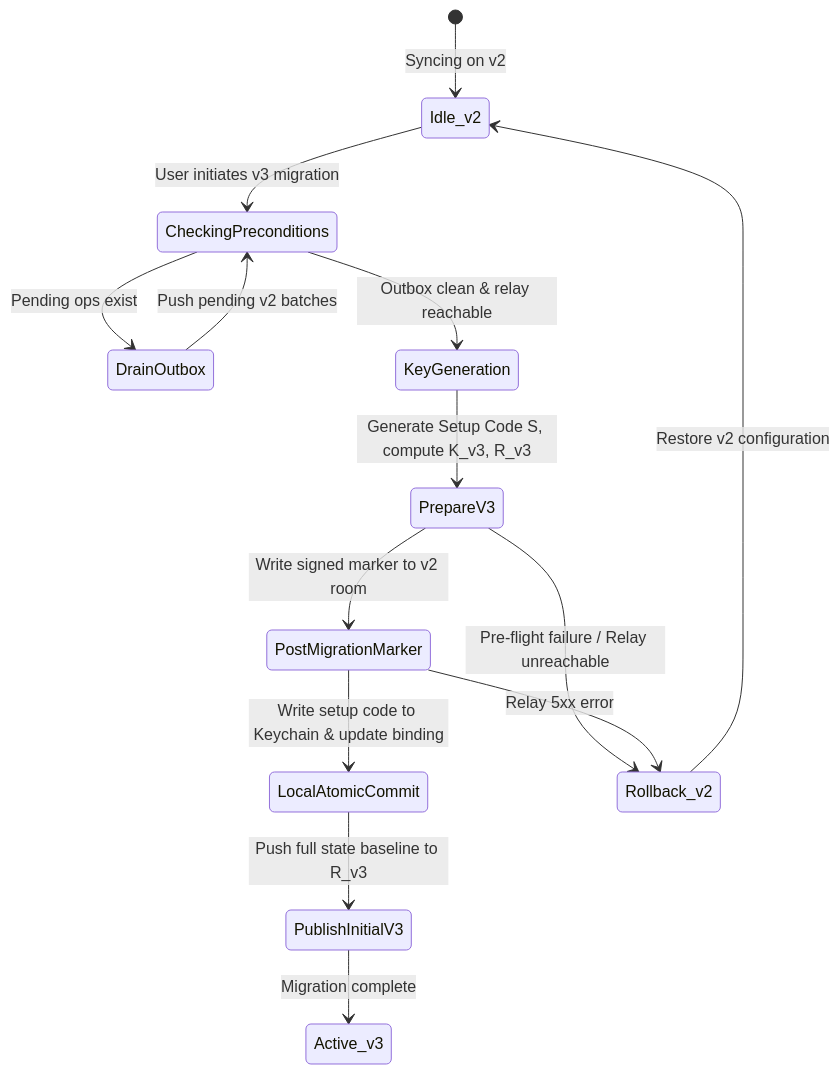
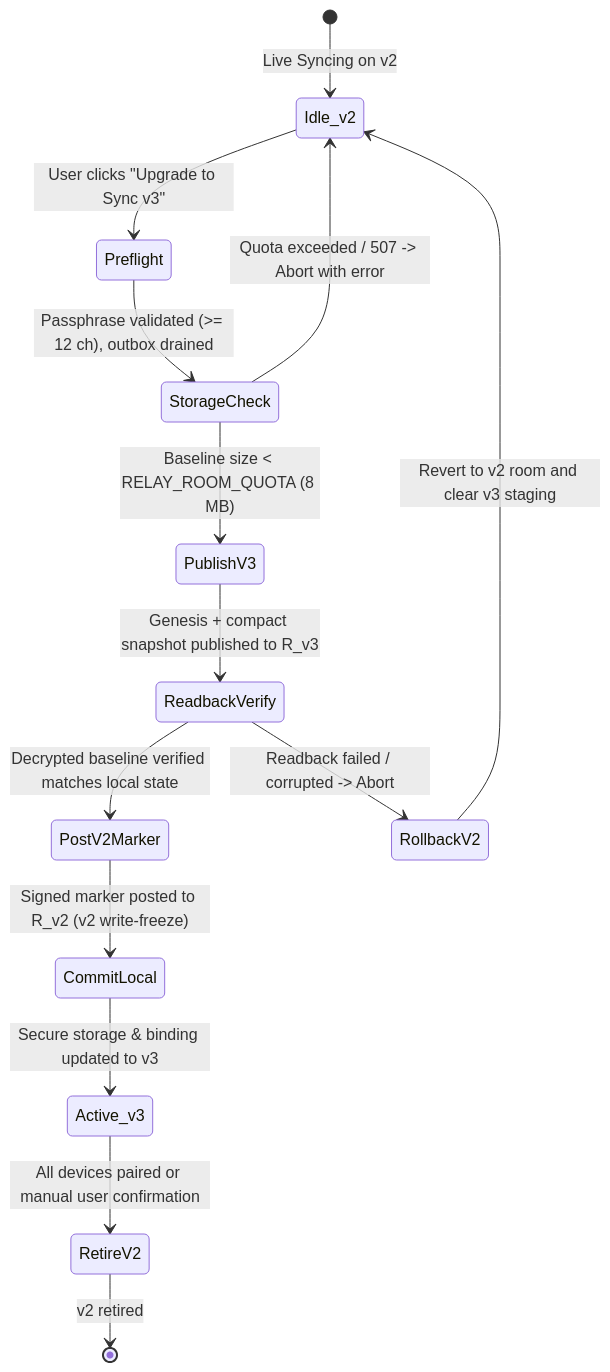
The diagram in docs/SYNC_KEY_MIGRATION.md (adityatawde9699/Cognate), drawn with Mermaid before and after one commit. The commit also changed other lines of this file, not shown here.

Commit message:
docs: revise Phase 3 sync key migration design specification per review

````diff
--- a/docs/SYNC_KEY_MIGRATION.md
+++ b/docs/SYNC_KEY_MIGRATION.md
@@ -195,17 +169,16 @@
 ```mermaid
 stateDiagram-v2
-    [*] --> Idle_v2: Syncing on v2
-    Idle_v2 --> CheckingPreconditions: User initiates v3 migration
-    CheckingPreconditions --> DrainOutbox: Pending ops exist
-    DrainOutbox --> CheckingPreconditions: Push pending v2 batches
-    CheckingPreconditions --> KeyGeneration: Outbox clean & relay reachable
-    KeyGeneration --> PrepareV3: Generate Setup Code S, compute K_v3, R_v3
-    PrepareV3 --> PostMigrationMarker: Write signed marker to v2 room
-    PostMigrationMarker --> LocalAtomicCommit: Write setup code to Keychain & update binding
-    LocalAtomicCommit --> PublishInitialV3: Push full state baseline to R_v3
-    PublishInitialV3 --> Active_v3: Migration complete
-    
-    PrepareV3 --> Rollback_v2: Pre-flight failure / Relay unreachable
-    PostMigrationMarker --> Rollback_v2: Relay 5xx error
-    Rollback_v2 --> Idle_v2: Restore v2 configuration
+    [*] --> Idle_v2: Live Syncing on v2
+    Idle_v2 --> Preflight: User clicks "Upgrade to Sync v3"
+    Preflight --> StorageCheck: Passphrase validated (>= 12 ch), outbox drained
+    StorageCheck --> Idle_v2: Quota exceeded / 507 -> Abort with error
+    StorageCheck --> PublishV3: Baseline size < RELAY_ROOM_QUOTA (8 MB)
+    PublishV3 --> ReadbackVerify: Genesis + compact snapshot published to R_v3
+    ReadbackVerify --> PostV2Marker: Decrypted baseline verified matches local state
+    ReadbackVerify --> RollbackV2: Readback failed / corrupted -> Abort
+    PostV2Marker --> CommitLocal: Signed marker posted to R_v2 (v2 write-freeze)
+    CommitLocal --> Active_v3: Secure storage & binding updated to v3
+    Active_v3 --> RetireV2: All devices paired or manual user confirmation
+    RetireV2 --> [*]: v2 retired
+    RollbackV2 --> Idle_v2: Revert to v2 room and clear v3 staging
 ```
````
